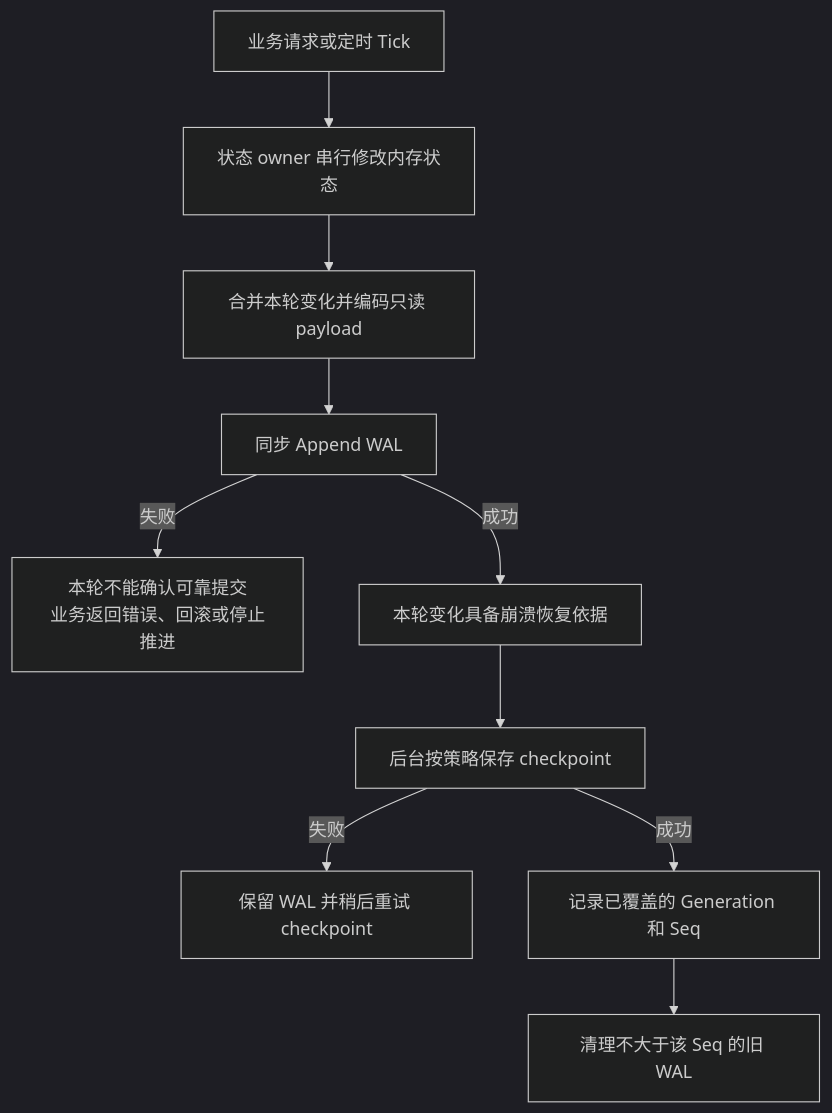
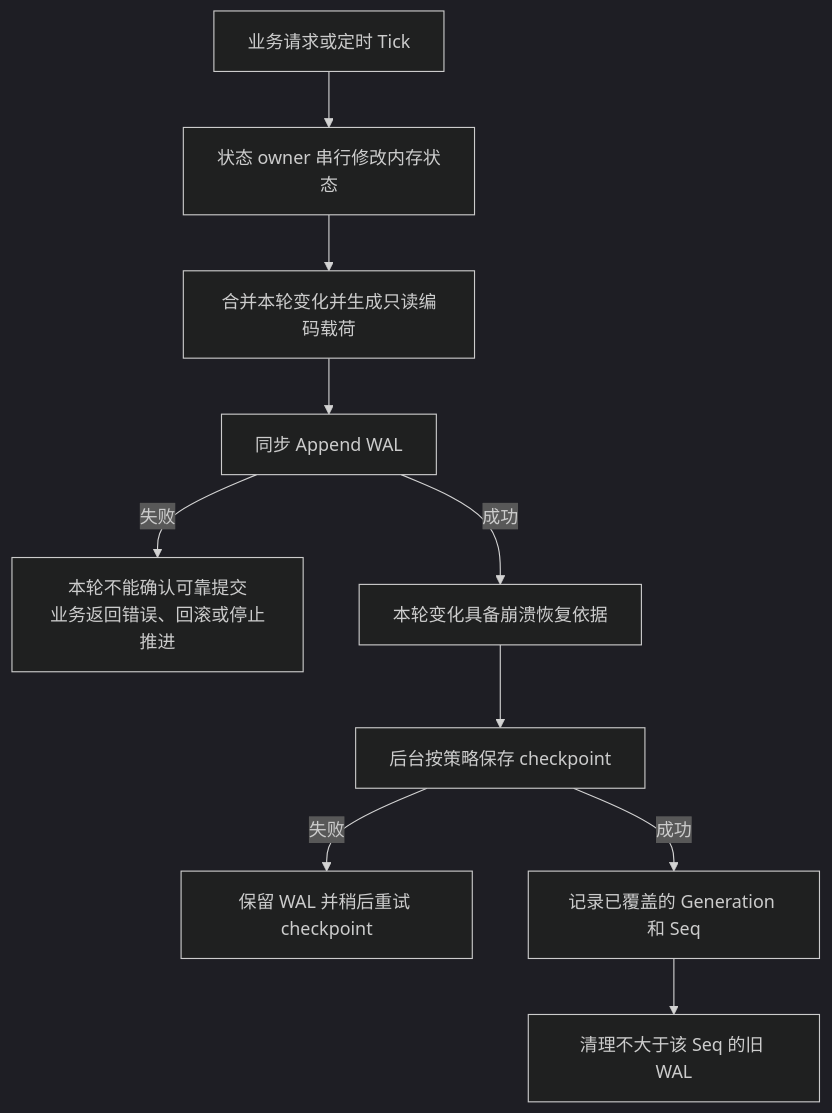
One commit to ngnl47/tx changed the first of 2 diagrams in README.md. Above: the diagram before and after it, drawn with Mermaid (dark theme). The commit also changed other lines of this file and 7 other files, not shown here.

First line of the commit message:
docs(architecture): 收敛文档职责与框架术语

````diff
--- a/README.md
+++ b/README.md
@@ -3548,12 +3548,12 @@
 ```mermaid
 flowchart TD
     A[业务请求或定时 Tick] --> B[状态 owner 串行修改内存状态]
-    B --> C[合并本轮变化并编码只读 payload]
+    B --> C[合并本轮变化并生成只读编码载荷]
     C --> D[同步 Append WAL]
     D -->|失败| E[本轮不能确认可靠提交<br/>业务返回错误、回滚或停止推进]
     D -->|成功| F[本轮变化具备崩溃恢复依据]
     F --> G[后台按策略保存 checkpoint]
     G -->|失败| H[保留 WAL 并稍后重试 checkpoint]
     G -->|成功| I[记录已覆盖的 Generation 和 Seq]
     I --> J[清理不大于该 Seq 的旧 WAL]
 ```
````
